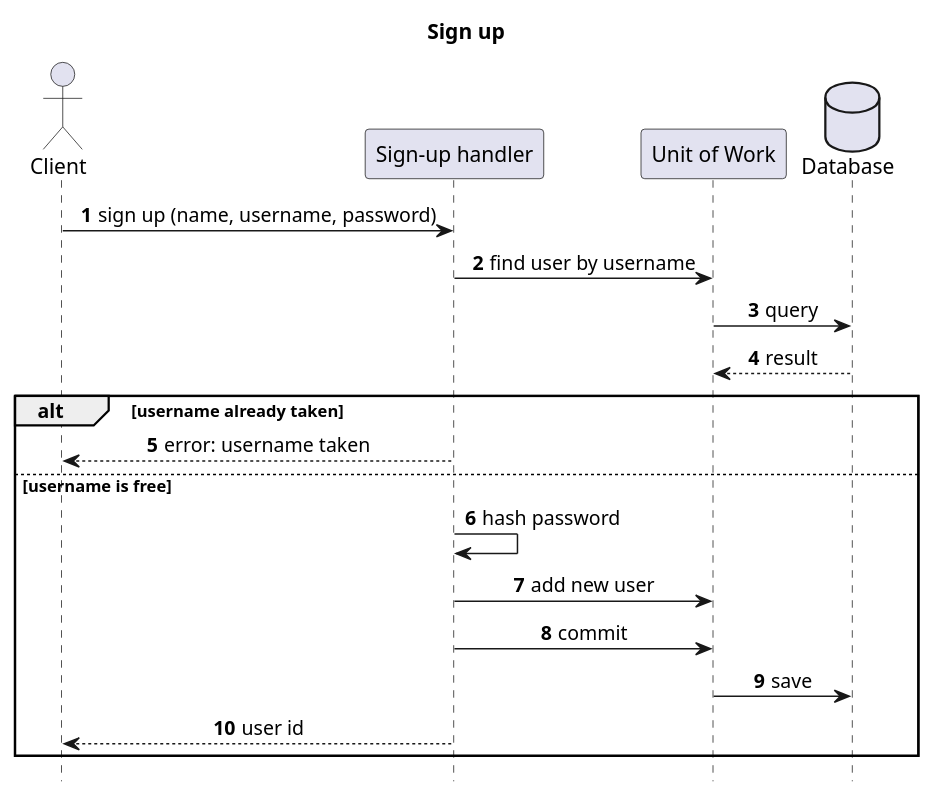
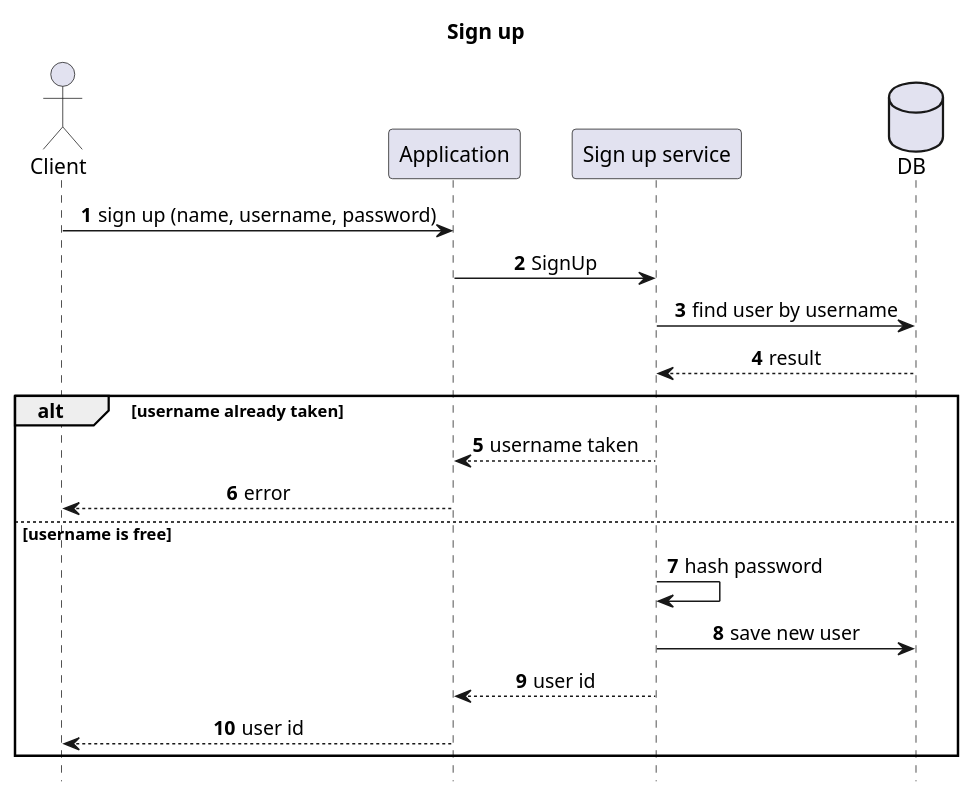
One commit to saleh1312/pdf_reader changed the diagram in design/services/app/sign_up_sequence.puml. Above: the diagram before and after it, drawn with PlantUML. The commit also changed 19 other files, not shown here.

```diff
--- a/design/services/app/sign_up_sequence.puml
+++ b/design/services/app/sign_up_sequence.puml
@@ -1,29 +1,29 @@
 @startuml sign_up_sequence
 title Sign up
 
 skinparam shadowing false
 skinparam sequenceMessageAlign center
 hide footbox
 autonumber
 
 actor Client
-participant "Sign-up handler" as H
-participant "Unit of Work" as UOW
-database "Database" as DB
+participant Application
+participant "Sign up service" as Service
+database DB
 
-Client -> H : sign up (name, username, password)
-H -> UOW : find user by username
-UOW -> DB : query
-DB --> UOW : result
+Client -> Application : sign up (name, username, password)
+Application -> Service : SignUp
+Service -> DB : find user by username
+DB --> Service : result
 
 alt username already taken
-  H --> Client : error: username taken
+  Service --> Application : username taken
+  Application --> Client : error
 else username is free
-  H -> H : hash password
-  H -> UOW : add new user
-  H -> UOW : commit
-  UOW -> DB : save
-  H --> Client : user id
+  Service -> Service : hash password
+  Service -> DB : save new user
+  Service --> Application : user id
+  Application --> Client : user id
 end
 
 @enduml
```
